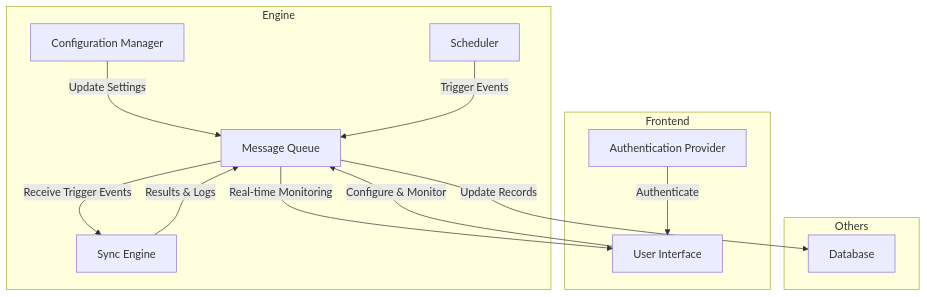
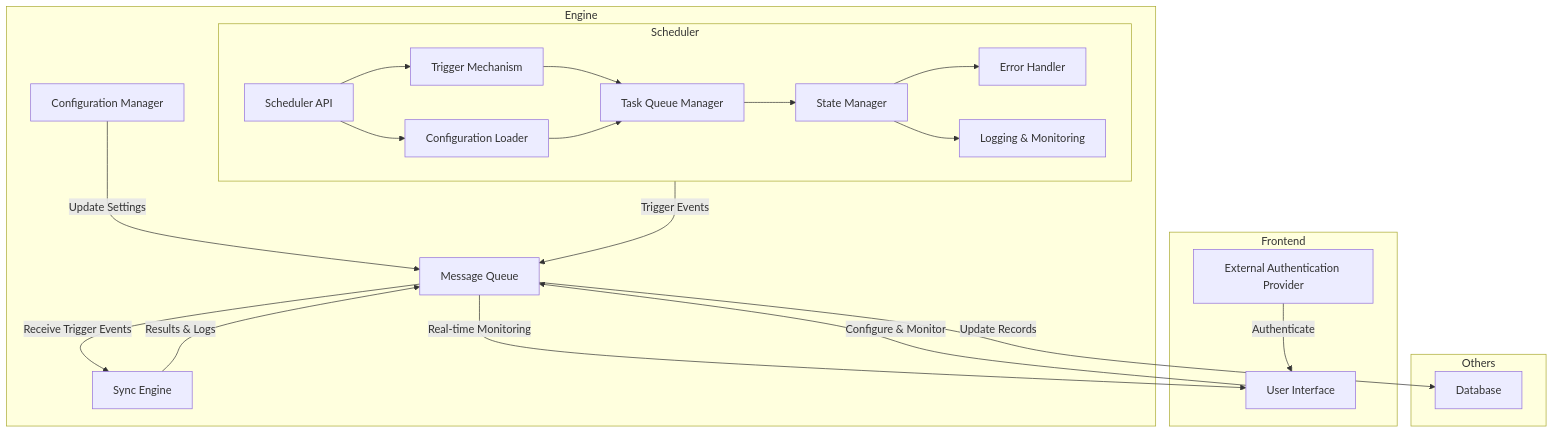
One commit to olvrvrmr/turbo-giggle changed the diagram in architecture.mmd. Above: the diagram before and after it, drawn with Mermaid. The commit also changed 2 other files, not shown here.

Commit message:
Scheduler architecture

```diff
--- a/architecture.mmd
+++ b/architecture.mmd
@@ -1,22 +1,33 @@
 graph TB
     subgraph Engine
-    CM[Configuration Manager] -->|Update Settings| MQ[Message Queue]
-    Scheduler[Scheduler] -->|Trigger Events| MQ
-    MQ -->|Receive Trigger Events| SE[Sync Engine]
-    SE -->|Results & Logs| MQ
+        subgraph Scheduler
+            TGM[Trigger Mechanism] --> TQM[Task Queue Manager]
+            CL[Configuration Loader] --> TQM
+            TQM --> SM[State Manager]
+            SM --> EH[Error Handler]
+            SM --> LM[Logging & Monitoring]
+            API[Scheduler API] --> TGM
+            API --> CL
+        end
+
+        CM[Configuration Manager] -->|Update Settings| MQ[Message Queue]
+        Scheduler -->|Trigger Events| MQ
+        MQ -->|Receive Trigger Events| SE[Sync Engine]
+        SE -->|Results & Logs| MQ
     end
 
     subgraph Frontend
-    UI[User Interface] -->|Configure & Monitor| MQ
-    MQ -->|Real-time Monitoring| UI
-    Auth[Authentication Provider] -->|Authenticate| UI
+        UI[User Interface] -->|Configure & Monitor| MQ
+        MQ -->|Real-time Monitoring| UI
+        Auth[External Authentication Provider] -->|Authenticate| UI
     end
 
     subgraph Others
-    MQ
-    DB[Database]
+        MQ
+        DB[Database]
     end
     
     MQ -->|Update Records| DB
     
-    class UI,CM,Scheduler,SE,DB,MQ,Auth component;
+    
+    class UI,CM,Scheduler,SE,DB,MQ,Auth,TGM,CL,TQM,SM,EH,LM,API component;
```
